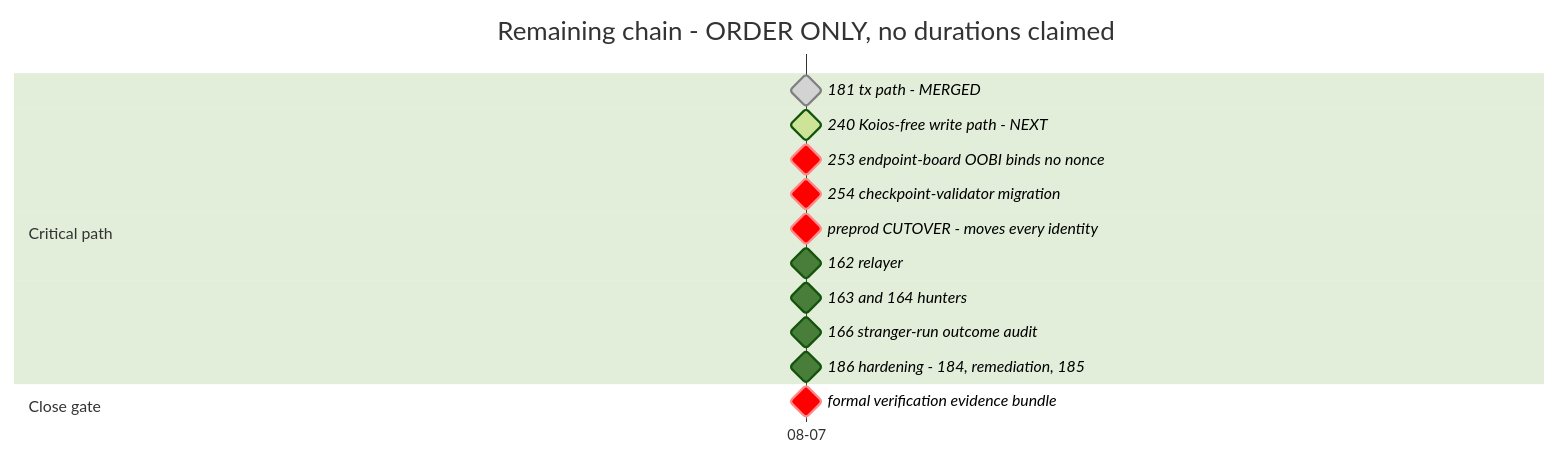
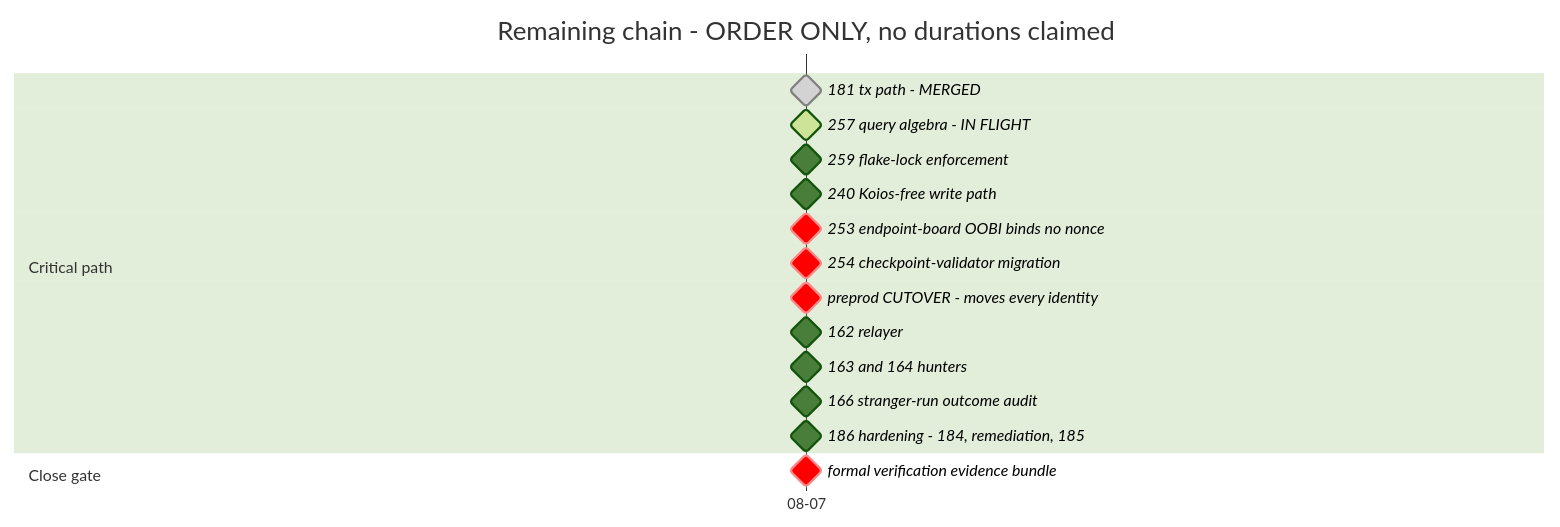
The second of 2 diagrams in .milestones/1/state.md (lambdasistemi/cardano-keri), drawn with Mermaid (forest theme) before and after one commit. The commit also changed other lines of this file and 1 other file, not shown here.

````diff
--- a/.milestones/1/state.md
+++ b/.milestones/1/state.md
@@ -51,18 +51,20 @@
 ```mermaid
 gantt
     title Remaining chain - ORDER ONLY, no durations claimed
     dateFormat YYYY-MM-DD
     axisFormat %m-%d
     section Critical path
     181 tx path - MERGED                     :milestone, done, r1, 2026-08-07, 0d
-    240 Koios-free write path - NEXT         :milestone, active, r2, after r1, 0d
+    257 query algebra - IN FLIGHT            :milestone, active, r1a, after r1, 0d
+    259 flake-lock enforcement               :milestone, r1b, after r1a, 0d
+    240 Koios-free write path                :milestone, r2, after r1b, 0d
     253 endpoint-board OOBI binds no nonce   :milestone, crit, r3, after r2, 0d
     254 checkpoint-validator migration       :milestone, crit, r4, after r3, 0d
     preprod CUTOVER - moves every identity   :milestone, crit, r5, after r4, 0d
     162 relayer                              :milestone, r6, after r5, 0d
     163 and 164 hunters                      :milestone, r7, after r6, 0d
     166 stranger-run outcome audit           :milestone, r8, after r7, 0d
     186 hardening - 184, remediation, 185    :milestone, r9, after r8, 0d
     section Close gate
     formal verification evidence bundle      :milestone, crit, r10, after r8, 0d
 ```
````
